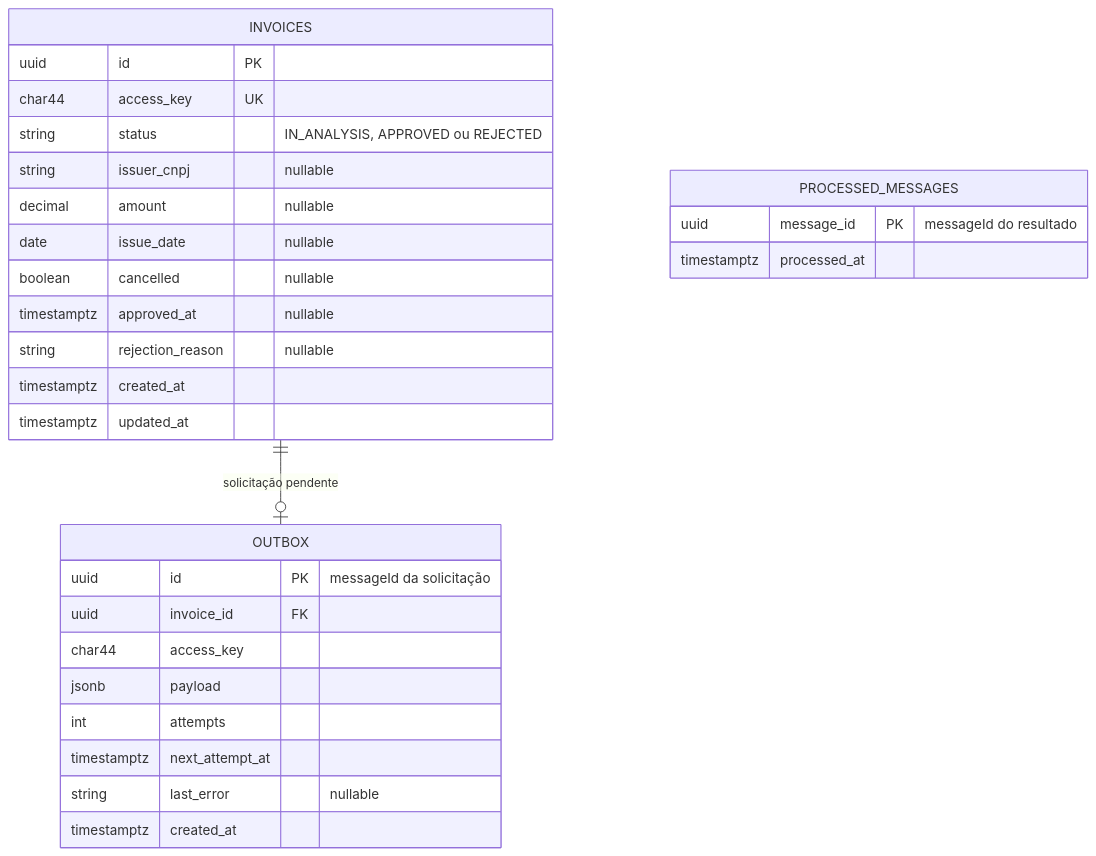
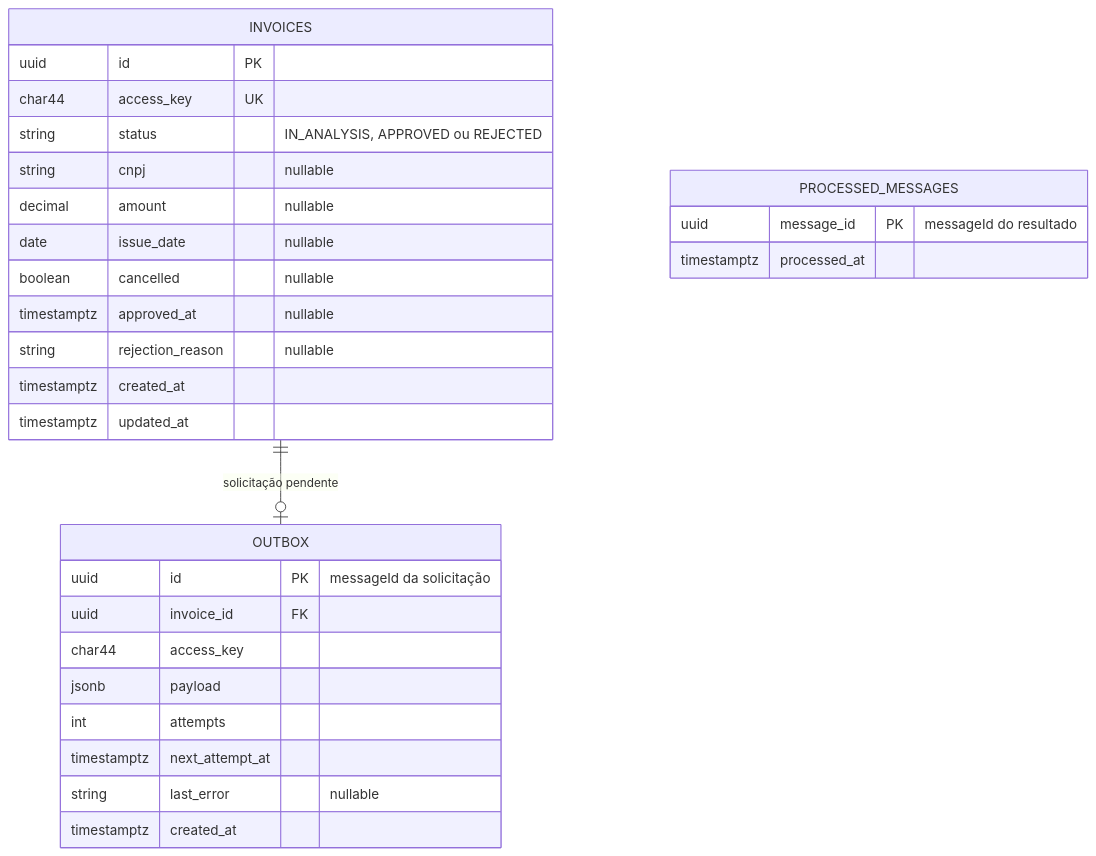
Before and after one commit to Matheus-Bezerra/invoice-processing-pipeline: the seventh of 7 diagrams in docs/flow.md, drawn with Mermaid.

Commit message:
docs: Update field name from 'issuer_cnpj' to 'cnpj' in flow documentation

````diff
--- a/docs/flow.md
+++ b/docs/flow.md
@@ -188,34 +188,34 @@
 ```mermaid
 erDiagram
     INVOICES ||--o| OUTBOX : "solicitação pendente"
 
     INVOICES {
         uuid id PK
         char44 access_key UK
         string status "IN_ANALYSIS, APPROVED ou REJECTED"
-        string issuer_cnpj "nullable"
+        string cnpj "nullable"
         decimal amount "nullable"
         date issue_date "nullable"
         boolean cancelled "nullable"
         timestamptz approved_at "nullable"
         string rejection_reason "nullable"
         timestamptz created_at
         timestamptz updated_at
     }
 
     OUTBOX {
         uuid id PK "messageId da solicitação"
         uuid invoice_id FK
         char44 access_key
         jsonb payload
         int attempts
         timestamptz next_attempt_at
         string last_error "nullable"
         timestamptz created_at
     }
 
     PROCESSED_MESSAGES {
         uuid message_id PK "messageId do resultado"
         timestamptz processed_at
     }
 ```
````
